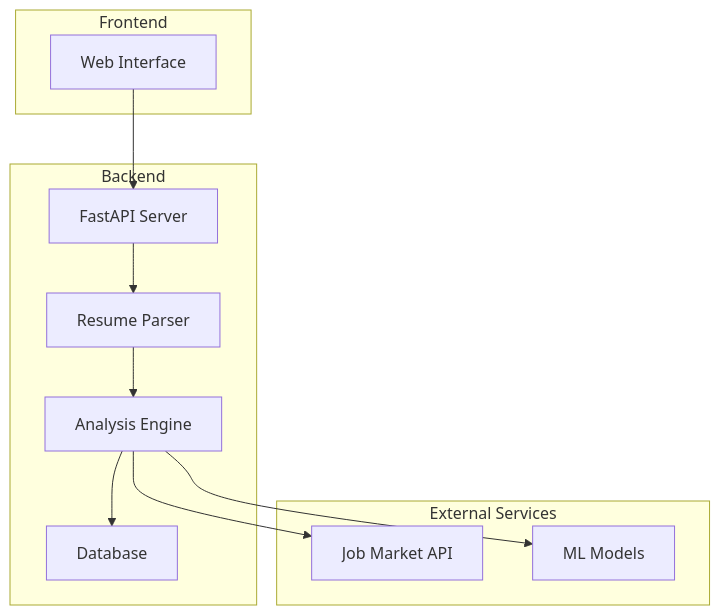
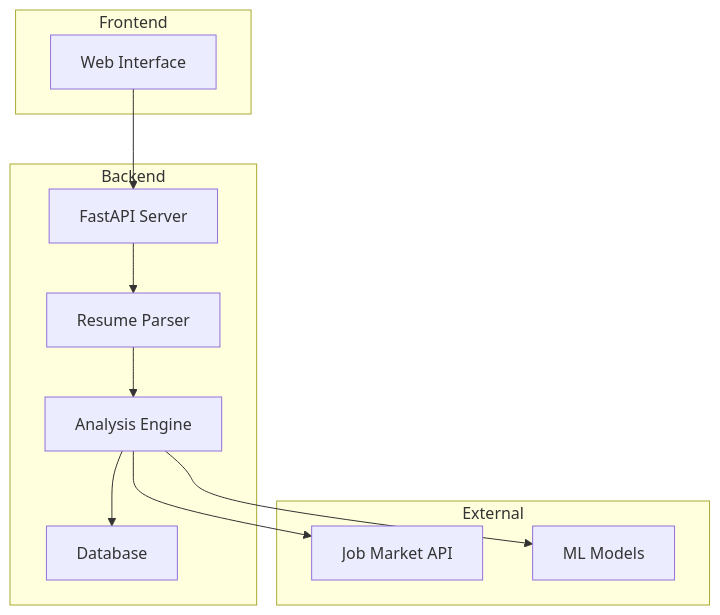
Before and after one commit to dawnenakey/resume-coach-rag: the sixth of 6 diagrams in docs/research_poster.md, drawn with Mermaid. The commit also changed other lines of this file, not shown here.

Commit message:
fix: Update Mermaid diagram syntax for better GitHub rendering

````diff
--- a/docs/research_poster.md
+++ b/docs/research_poster.md
@@ -105,22 +109,22 @@
 ```mermaid
 flowchart TB
     subgraph Frontend
         A[Web Interface]
     end
     subgraph Backend
         B[FastAPI Server]
         C[Resume Parser]
         D[Analysis Engine]
         E[Database]
     end
-    subgraph External Services
+    subgraph External
         F[Job Market API]
         G[ML Models]
     end
     A --> B
     B --> C
     C --> D
     D --> E
     D --> F
     D --> G
 ```
````
